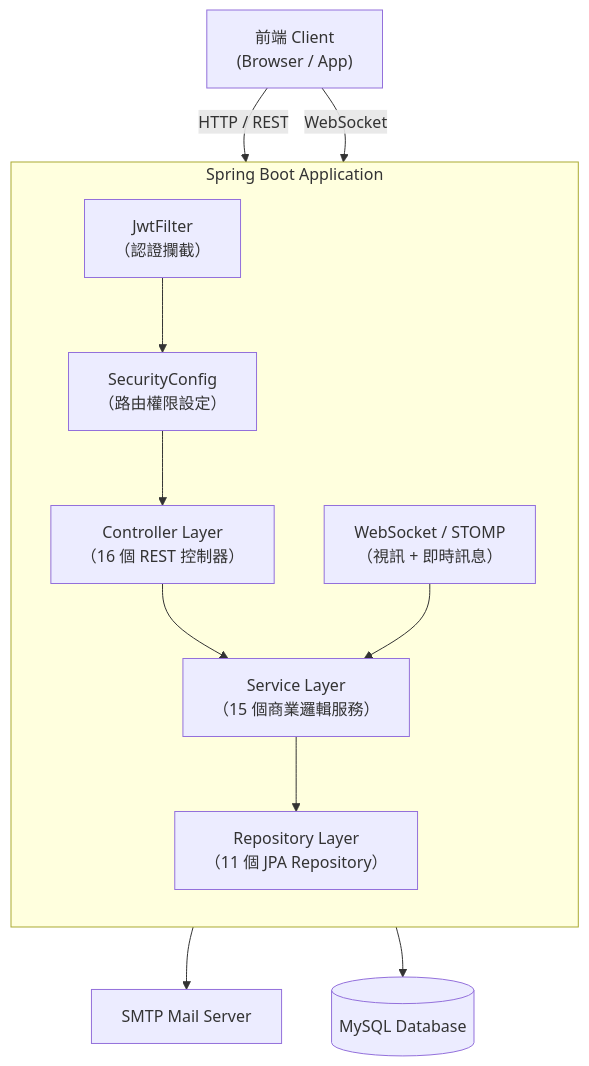
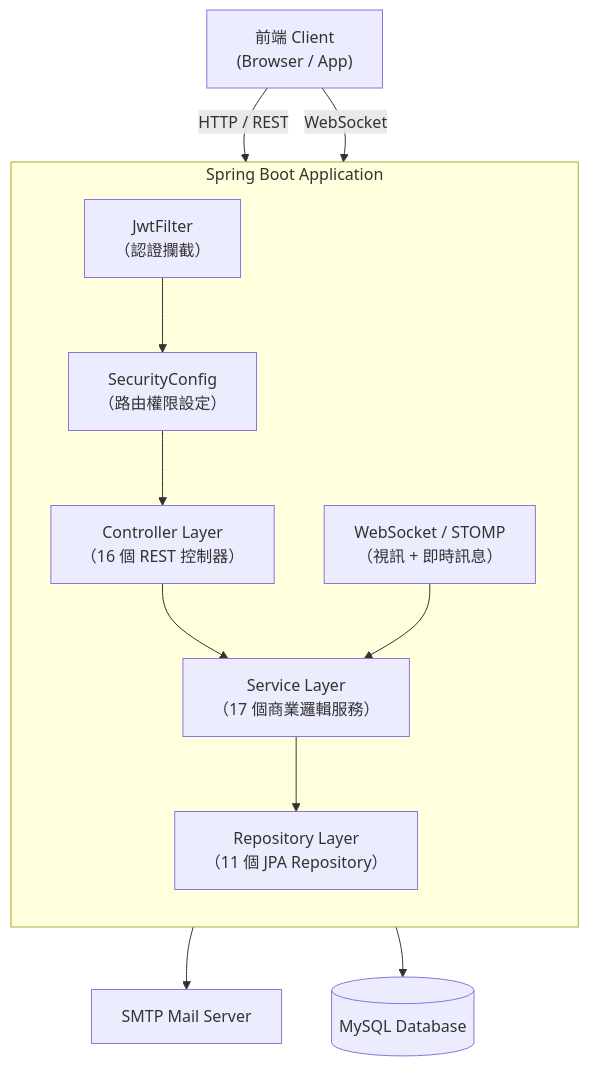
The first of 6 diagrams in docs/architecture-doc.md (rogerhou2000/learning-backend), drawn with Mermaid before and after one commit. The commit also changed other lines of this file and 21 other files, not shown here.

````diff
--- a/docs/architecture-doc.md
+++ b/docs/architecture-doc.md
@@ -117,27 +120,27 @@
 ```mermaid
 graph TB
     Client["前端 Client<br/>(Browser / App)"]
 
     subgraph SpringBoot["Spring Boot Application"]
         direction TB
         Filter["JwtFilter<br/>（認證攔截）"]
         Security["SecurityConfig<br/>（路由權限設定）"]
         Controllers["Controller Layer<br/>（16 個 REST 控制器）"]
-        Services["Service Layer<br/>（15 個商業邏輯服務）"]
+        Services["Service Layer<br/>（17 個商業邏輯服務）"]
         Repos["Repository Layer<br/>（11 個 JPA Repository）"]
         WS["WebSocket / STOMP<br/>（視訊 + 即時訊息）"]
     end
 
     DB[(MySQL Database)]
     Mail["SMTP Mail Server"]
 
     Client -->|HTTP / REST| Filter
     Client -->|WebSocket| WS
     Filter --> Security
     Security --> Controllers
     Controllers --> Services
     Services --> Repos
     Services --> Mail
     Repos --> DB
     WS --> Services
 ```
````
